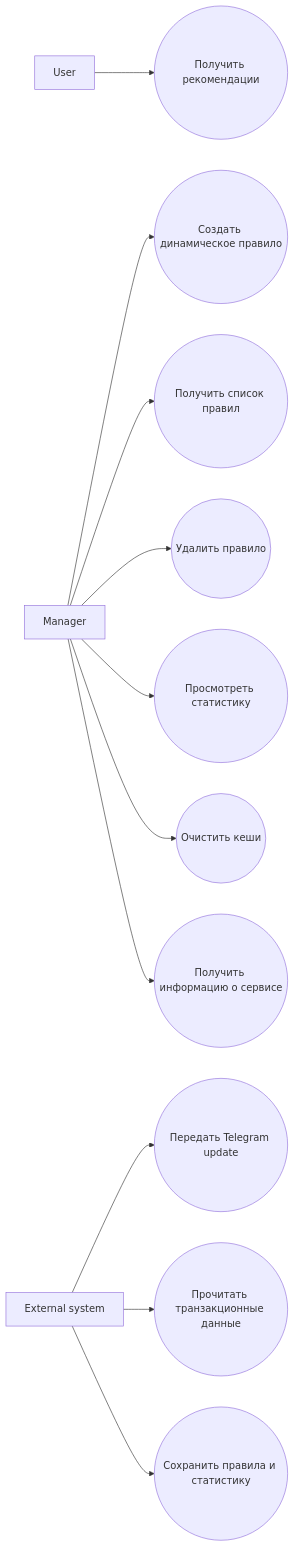
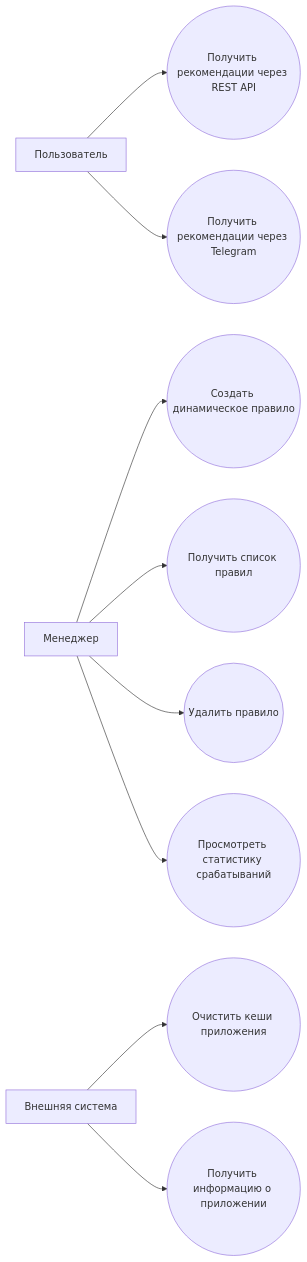
The diagram in docs/requirements.md (aaminter/star-bank-recommendation), drawn with Mermaid before and after one commit. The commit also changed other lines of this file, not shown here.

Commit message:
docs: clarify use case actors and user stories

````diff
--- a/docs/requirements.md
+++ b/docs/requirements.md
@@ -11,26 +13,23 @@
 ```mermaid
 flowchart LR
-    User[User]
-    Manager[Manager]
-    External[External system]
-    UC1((Получить рекомендации))
-    UC2((Создать динамическое правило))
-    UC3((Получить список правил))
-    UC4((Удалить правило))
-    UC5((Просмотреть статистику))
-    UC6((Очистить кеши))
-    UC7((Получить информацию о сервисе))
-    UC8((Передать Telegram update))
-    UC9((Прочитать транзакционные данные))
-    UC10((Сохранить правила и статистику))
+    User[Пользователь]
+    Manager[Менеджер]
+    External[Внешняя система]
+    UC1((Получить рекомендации через REST API))
+    UC2((Получить рекомендации через Telegram))
+    UC3((Создать динамическое правило))
+    UC4((Получить список правил))
+    UC5((Удалить правило))
+    UC6((Просмотреть статистику срабатываний))
+    UC7((Очистить кеши приложения))
+    UC8((Получить информацию о приложении))
+
     User --> UC1
-    Manager --> UC2
+    User --> UC2
     Manager --> UC3
     Manager --> UC4
     Manager --> UC5
     Manager --> UC6
-    Manager --> UC7
+    External --> UC7
     External --> UC8
-    External --> UC9
-    External --> UC10
 ```
````
